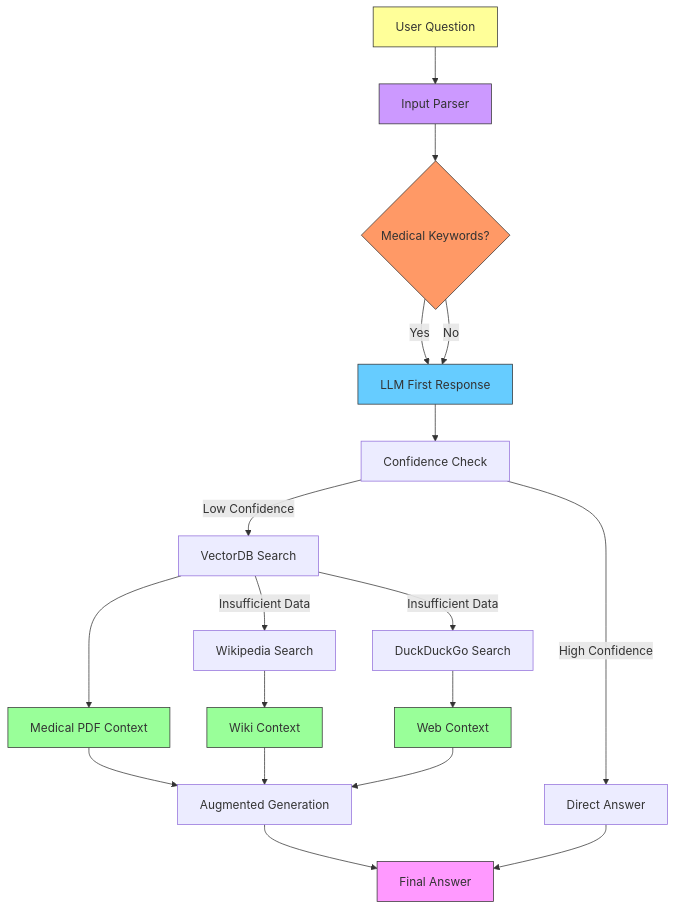
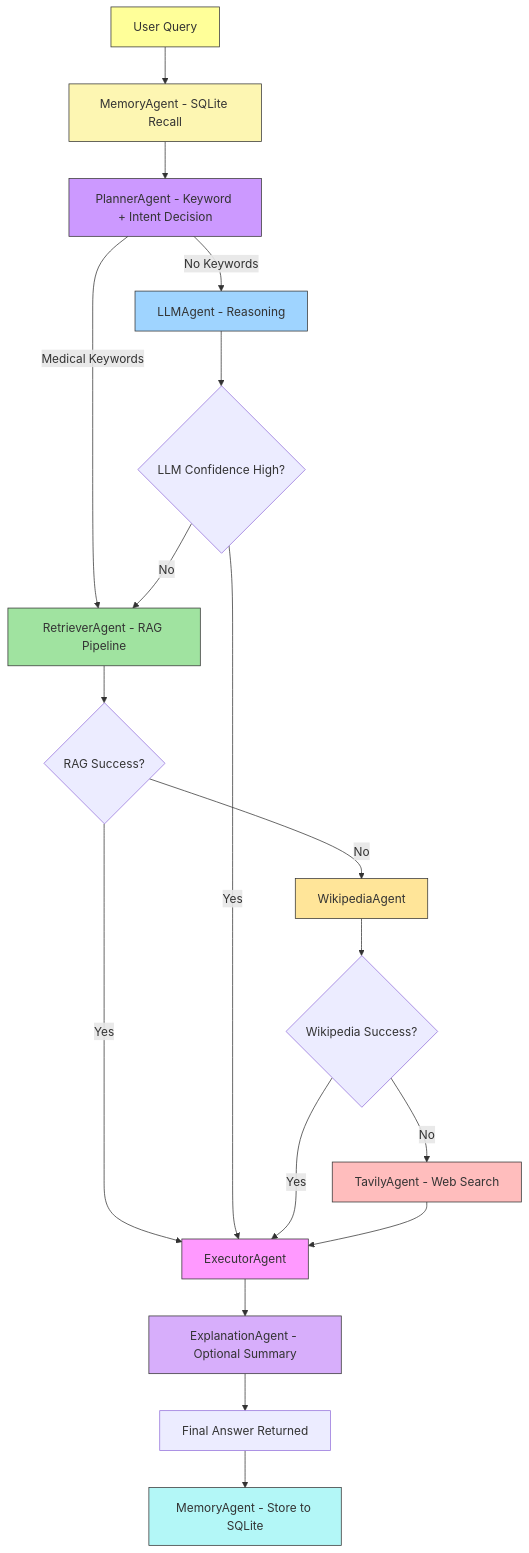
Before and after one commit to C-1995-O1-HALE-POPP/MediGenius: the diagram in README.md, drawn with Mermaid. The commit also changed other lines of this file and 25 other files, not shown here.

````diff
--- a/README.md
+++ b/README.md
@@ -159,29 +178,36 @@
 ```mermaid
 graph TD
-    A[User Question] --> B[Input Parser]
-    B --> C{Medical Keywords?}
-    C -->|Yes| D[LLM First Response]
-    C -->|No| D
-    D --> E[Confidence Check]
-    E -->|High Confidence| F[Direct Answer]
-    E -->|Low Confidence| G[VectorDB Search]
-    G --> H[Medical PDF Context]
-    H --> I[Augmented Generation]
-    I --> J[Final Answer]
-    F --> J
-    G -->|Insufficient Data| K[Wikipedia Search]
-    K --> L[Wiki Context]
-    L --> I
-    G -->|Insufficient Data| M[DuckDuckGo Search]
-    M --> N[Web Context]
-    N --> I
+    A[User Query] --> B[MemoryAgent - SQLite Recall]
+    B --> C[PlannerAgent - Keyword + Intent Decision]
+
+    C -->|Medical Keywords| D[RetrieverAgent - RAG Pipeline]
+    C -->|No Keywords| E[LLMAgent - Reasoning]
+
+    D --> F{RAG Success?}
+    F -->|Yes| G[ExecutorAgent]
+    F -->|No| H[WikipediaAgent]
+
+    E --> I{LLM Confidence High?}
+    I -->|Yes| G
+    I -->|No| D
+
+    H --> J{Wikipedia Success?}
+    J -->|Yes| G
+    J -->|No| K[TavilyAgent - Web Search]
+
+    K --> G
+    G --> L[ExplanationAgent - Optional Summary]
+    L --> M[Final Answer Returned]
+    M --> N[MemoryAgent - Store to SQLite]
 
     style A fill:#ff9,stroke:#333
-    style B fill:#c9f,stroke:#333
-    style C fill:#f96,stroke:#333
-    style D fill:#6cf,stroke:#333
-    style H fill:#9f9,stroke:#333
-    style L fill:#9f9,stroke:#333
-    style N fill:#9f9,stroke:#333
-    style J fill:#f9f,stroke:#333
+    style B fill:#fdf6b2,stroke:#333
+    style C fill:#c9f,stroke:#333
+    style D fill:#a0e3a0,stroke:#333
+    style E fill:#9fd4ff,stroke:#333
+    style H fill:#ffe599,stroke:#333
+    style K fill:#ffbdbd,stroke:#333
+    style G fill:#f9f,stroke:#333
+    style L fill:#d7aefb,stroke:#333
+    style N fill:#b3f7f7,stroke:#333
 ```
````
